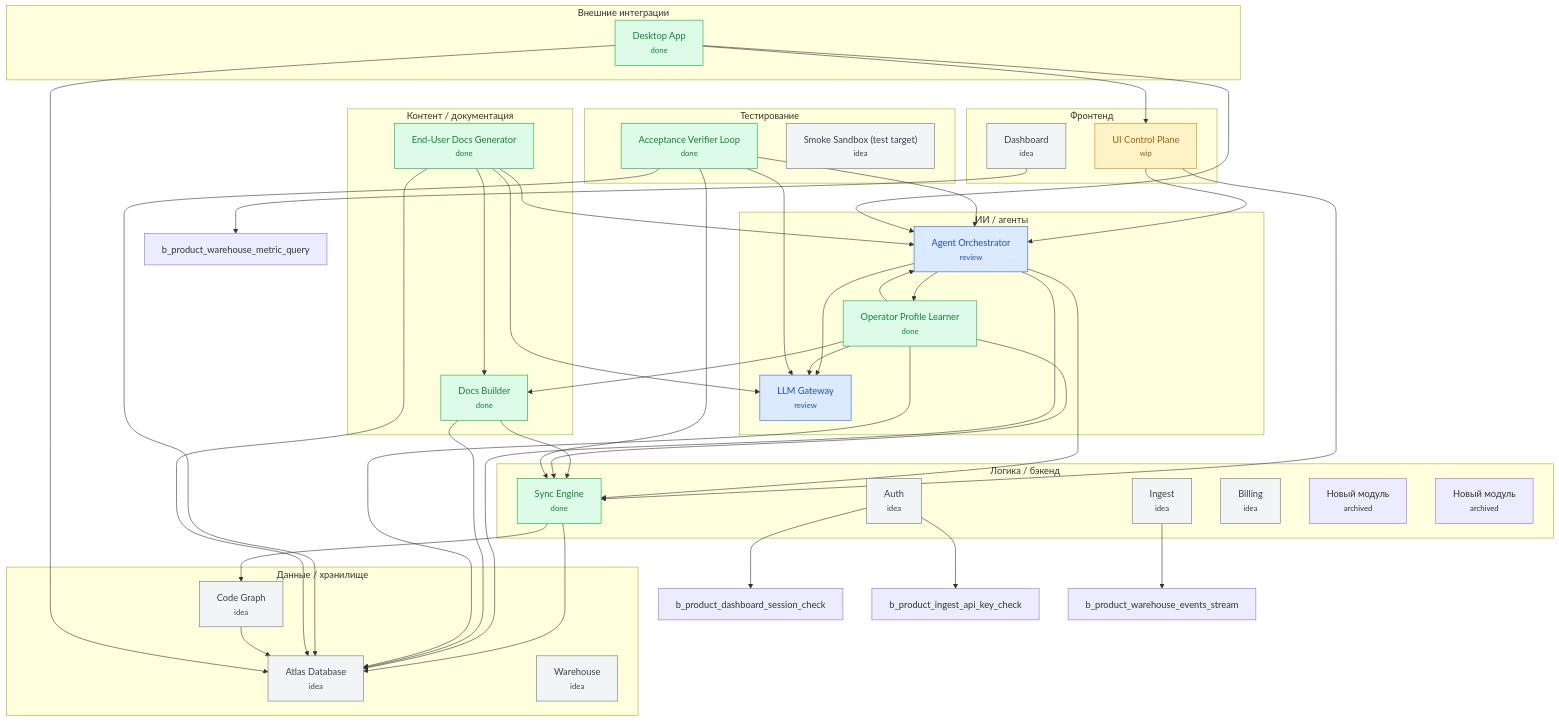
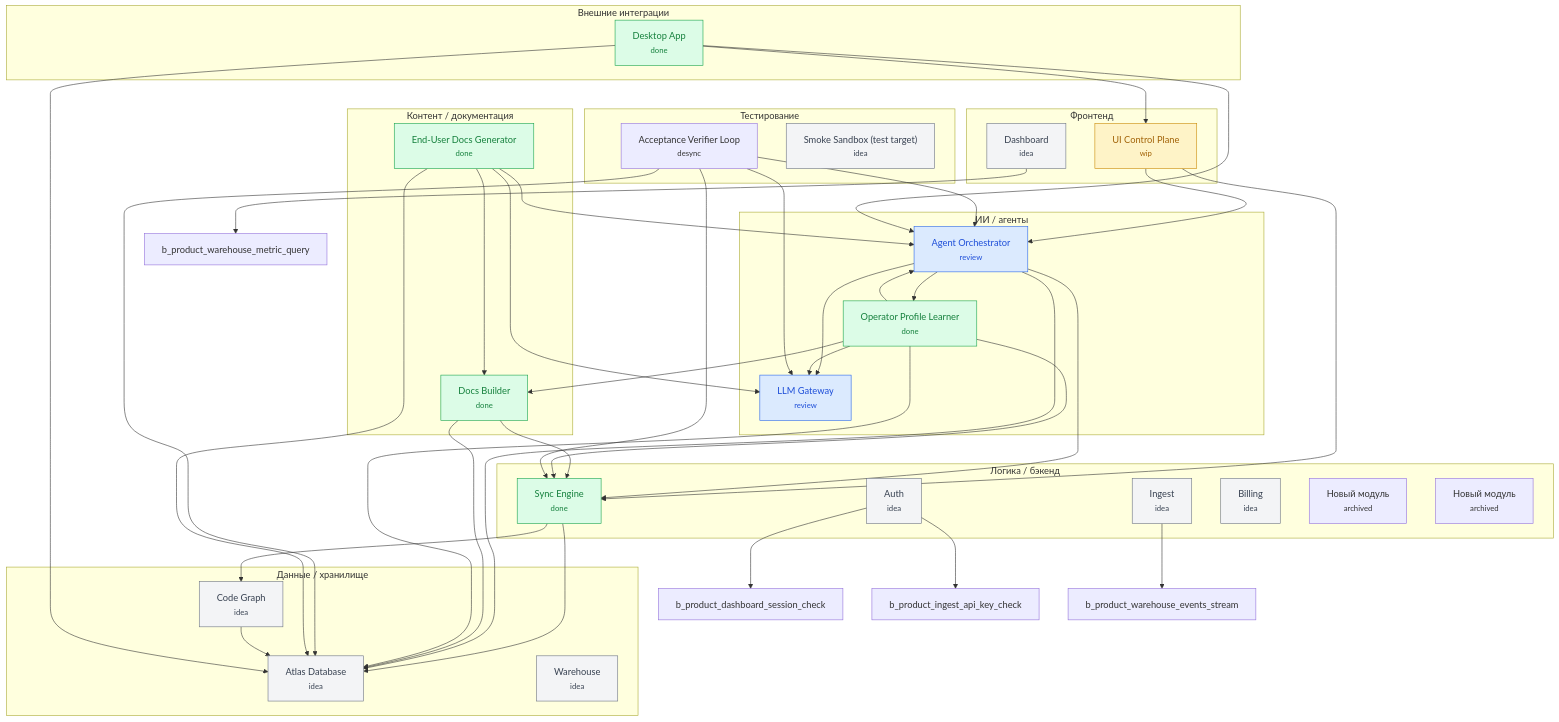
One commit to neskuchny/sima_atlas changed the diagram in atlas/WIKI.md. Above: the diagram before and after it, drawn with Mermaid. The commit also changed other lines of this file and 63 other files, not shown here.

````diff
--- a/atlas/WIKI.md
+++ b/atlas/WIKI.md
@@ -7,73 +7,73 @@
 ```mermaid
 flowchart TB
   classDef done    fill:#dcfce7,stroke:#16a34a,color:#15803d;
   classDef wip     fill:#fef3c7,stroke:#ca8a04,color:#a16207;
   classDef review  fill:#dbeafe,stroke:#2563eb,color:#1d4ed8;
   classDef idea    fill:#f3f4f6,stroke:#6b7280,color:#374151;
   classDef broken  fill:#fee2e2,stroke:#dc2626,color:#b91c1c;
   classDef drift   fill:#fae8ff,stroke:#a21caf,color:#86198f;
   subgraph front["Фронтенд"]
     b_ui_control["UI Control Plane<br/><small>wip</small>"]:::wip
     b_product_dashboard["Dashboard<br/><small>idea</small>"]:::idea
   end
   subgraph logic["Логика / бэкенд"]
     b_core_sync["Sync Engine<br/><small>done</small>"]:::done
     b_product_auth["Auth<br/><small>idea</small>"]:::idea
     b_product_ingest["Ingest<br/><small>idea</small>"]:::idea
     b_product_billing["Billing<br/><small>idea</small>"]:::idea
     b_block_1["Новый модуль<br/><small>archived</small>"]:::archived
     b_block_2["Новый модуль<br/><small>archived</small>"]:::archived
   end
   subgraph ai["ИИ / агенты"]
     b_agent_orchestrator["Agent Orchestrator<br/><small>review</small>"]:::review
     b_llm_gateway["LLM Gateway<br/><small>review</small>"]:::review
     b_operator_profile_learner["Operator Profile Learner<br/><small>done</small>"]:::done
   end
   subgraph data["Данные / хранилище"]
     b_db["Atlas Database<br/><small>idea</small>"]:::idea
     b_code_graph["Code Graph<br/><small>idea</small>"]:::idea
     b_product_warehouse["Warehouse<br/><small>idea</small>"]:::idea
   end
   subgraph ext["Внешние интеграции"]
     b_desktop["Desktop App<br/><small>done</small>"]:::done
   end
   subgraph content["Контент / документация"]
     b_docs["Docs Builder<br/><small>done</small>"]:::done
     b_user_docs_generator["End-User Docs Generator<br/><small>done</small>"]:::done
   end
   subgraph testing["Тестирование"]
-    b_acceptance_verifier_loop["Acceptance Verifier Loop<br/><small>done</small>"]:::done
+    b_acceptance_verifier_loop["Acceptance Verifier Loop<br/><small>desync</small>"]:::desync
     b_smoke_sandbox["Smoke Sandbox (test target)<br/><small>idea</small>"]:::idea
   end
   b_ui_control --> b_core_sync
   b_ui_control --> b_agent_orchestrator
   b_core_sync --> b_db
   b_core_sync --> b_code_graph
   b_agent_orchestrator --> b_db
   b_agent_orchestrator --> b_core_sync
   b_agent_orchestrator --> b_llm_gateway
   b_agent_orchestrator --> b_operator_profile_learner
   b_docs --> b_db
   b_docs --> b_core_sync
   b_operator_profile_learner --> b_db
   b_operator_profile_learner --> b_core_sync
   b_operator_profile_learner --> b_agent_orchestrator
   b_operator_profile_learner --> b_llm_gateway
   b_operator_profile_learner --> b_docs
   b_acceptance_verifier_loop --> b_db
   b_acceptance_verifier_loop --> b_core_sync
   b_acceptance_verifier_loop --> b_agent_orchestrator
   b_acceptance_verifier_loop --> b_llm_gateway
   b_user_docs_generator --> b_db
   b_user_docs_generator --> b_docs
   b_user_docs_generator --> b_agent_orchestrator
   b_user_docs_generator --> b_llm_gateway
   b_code_graph --> b_db
   b_desktop --> b_db
   b_desktop --> b_ui_control
   b_desktop --> b_agent_orchestrator
   b_product_auth --> b_product_dashboard_session_check
   b_product_auth --> b_product_ingest_api_key_check
   b_product_ingest --> b_product_warehouse_events_stream
   b_product_dashboard --> b_product_warehouse_metric_query
 ```
````
